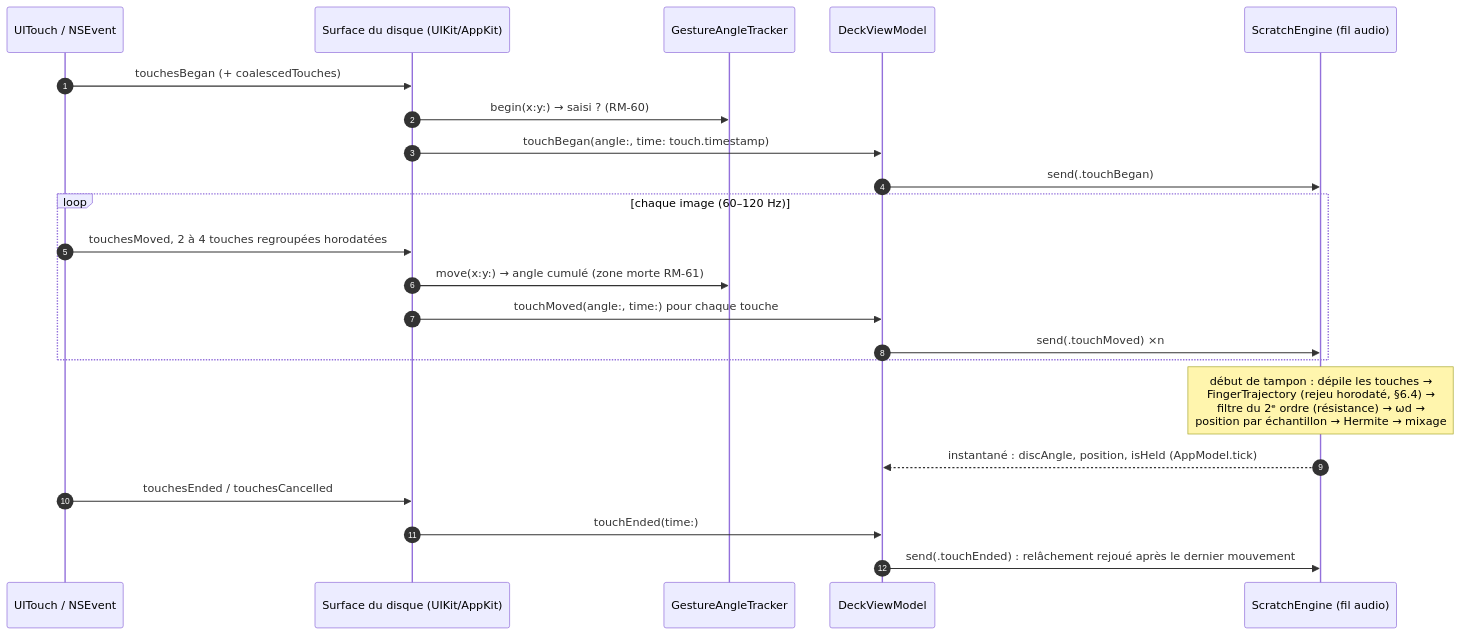
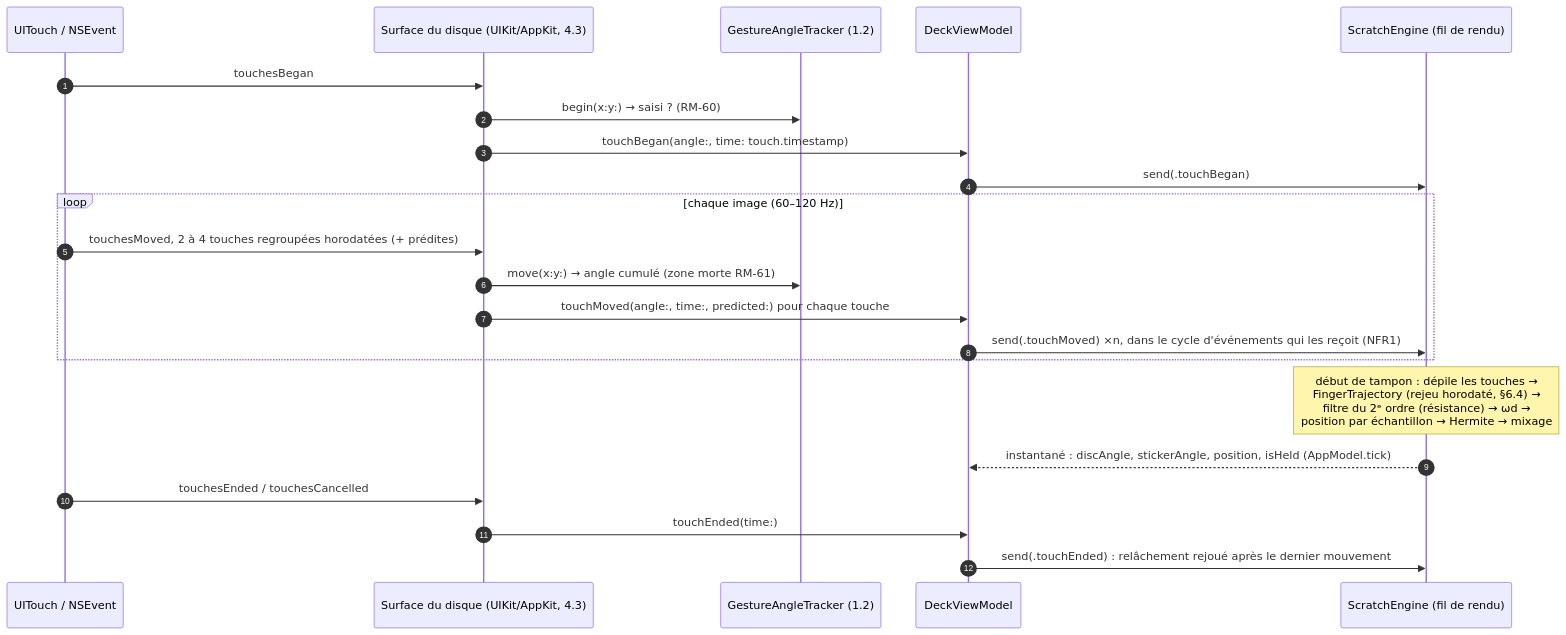
Before and after one commit to fatahbenguenna/scratchApp: the fifth of 5 diagrams in docs/bmad/architecture.md, drawn with Mermaid. The commit also changed other lines of this file and 47 other files, not shown here.

````diff
--- a/docs/bmad/architecture.md
+++ b/docs/bmad/architecture.md
@@ -195,24 +199,24 @@
 ```mermaid
 sequenceDiagram
     autonumber
     participant T as UITouch / NSEvent
-    participant S as Surface du disque (UIKit/AppKit)
-    participant G as GestureAngleTracker
+    participant S as Surface du disque (UIKit/AppKit, 4.3)
+    participant G as GestureAngleTracker (1.2)
     participant VM as DeckViewModel
-    participant E as ScratchEngine (fil audio)
-    T->>S: touchesBegan (+ coalescedTouches)
+    participant E as ScratchEngine (fil de rendu)
+    T->>S: touchesBegan
     S->>G: begin(x:y:) → saisi ? (RM-60)
     S->>VM: touchBegan(angle:, time: touch.timestamp)
     VM->>E: send(.touchBegan)
     loop chaque image (60–120 Hz)
-        T->>S: touchesMoved, 2 à 4 touches regroupées horodatées
+        T->>S: touchesMoved, 2 à 4 touches regroupées horodatées (+ prédites)
         S->>G: move(x:y:) → angle cumulé (zone morte RM-61)
-        S->>VM: touchMoved(angle:, time:) pour chaque touche
-        VM->>E: send(.touchMoved) ×n
+        S->>VM: touchMoved(angle:, time:, predicted:) pour chaque touche
+        VM->>E: send(.touchMoved) ×n, dans le cycle d'événements qui les reçoit (NFR1)
     end
     Note over E: début de tampon : dépile les touches →<br/>FingerTrajectory (rejeu horodaté, §6.4) →<br/>filtre du 2ᵉ ordre (résistance) → ωd →<br/>position par échantillon → Hermite → mixage
-    E-->>VM: instantané : discAngle, position, isHeld (AppModel.tick)
+    E-->>VM: instantané : discAngle, stickerAngle, position, isHeld (AppModel.tick)
     T->>S: touchesEnded / touchesCancelled
     S->>VM: touchEnded(time:)
     VM->>E: send(.touchEnded) : relâchement rejoué après le dernier mouvement
 ```
````
